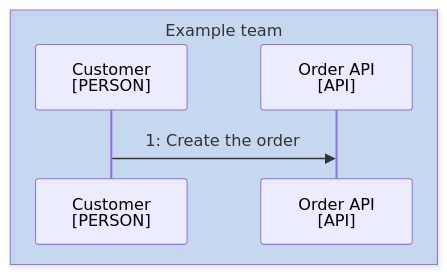
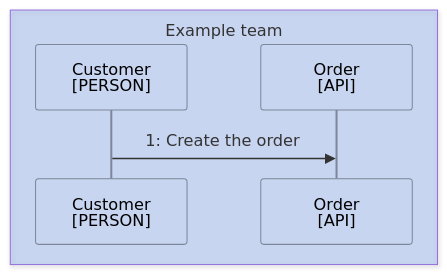
The diagram in skills/docsmith/scripts/fixtures/bad/view/docs/architecture.md (choonchernlim/skills), drawn with Mermaid before and after one commit. The commit also changed other lines of this file and 127 other files, not shown here.

````diff
--- a/skills/docsmith/scripts/fixtures/bad/view/docs/architecture.md
+++ b/skills/docsmith/scripts/fixtures/bad/view/docs/architecture.md
@@ -12,8 +12,9 @@
 ```mermaid
 sequenceDiagram
-  box rgba(26,115,232,0.2) Example team
+  %%{init: {"themeVariables": {"actorBkg": "transparent", "actorBorder": "#7d8799", "actorLineColor": "#7d8799", "labelBoxBorderColor": "#7d8799"}}}%%
+  box rgba(37,99,235,0.2) Example team
     participant Customer as Customer<br/>[PERSON]
-    participant Route as Order API<br/>[API]
+    participant Route as Order<br/>[API]
   end
   Customer->>Route: 1: Create the order
 ```
````
